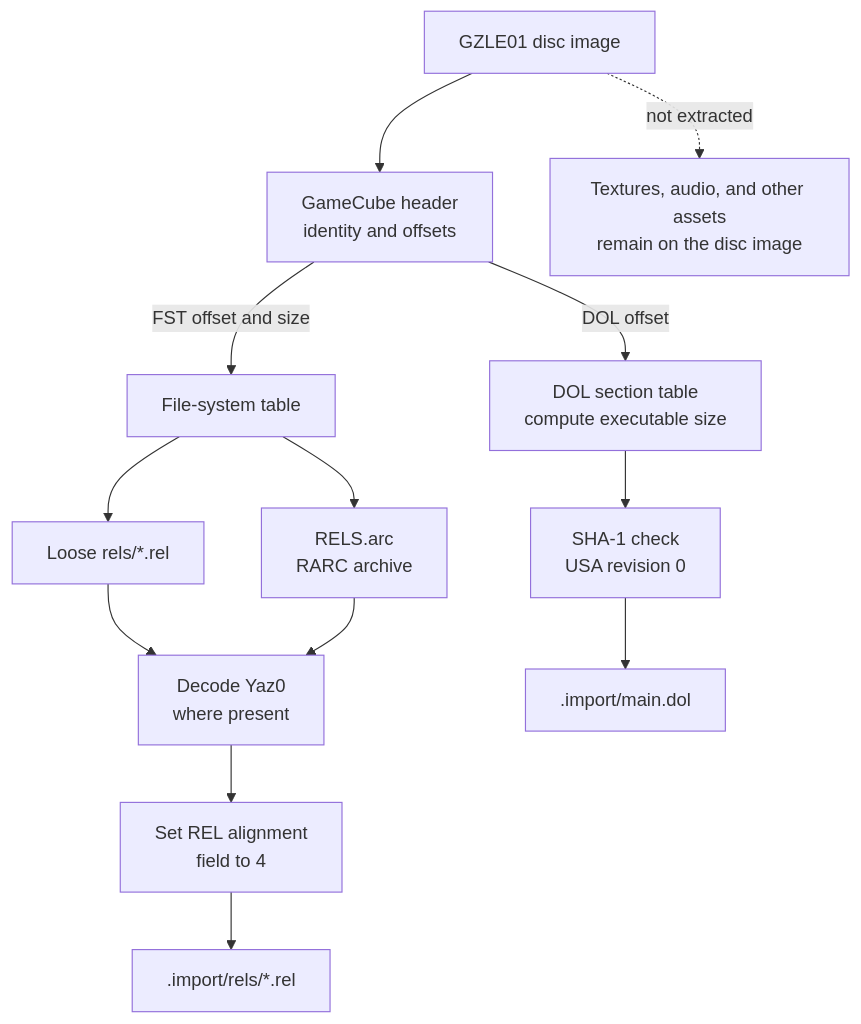
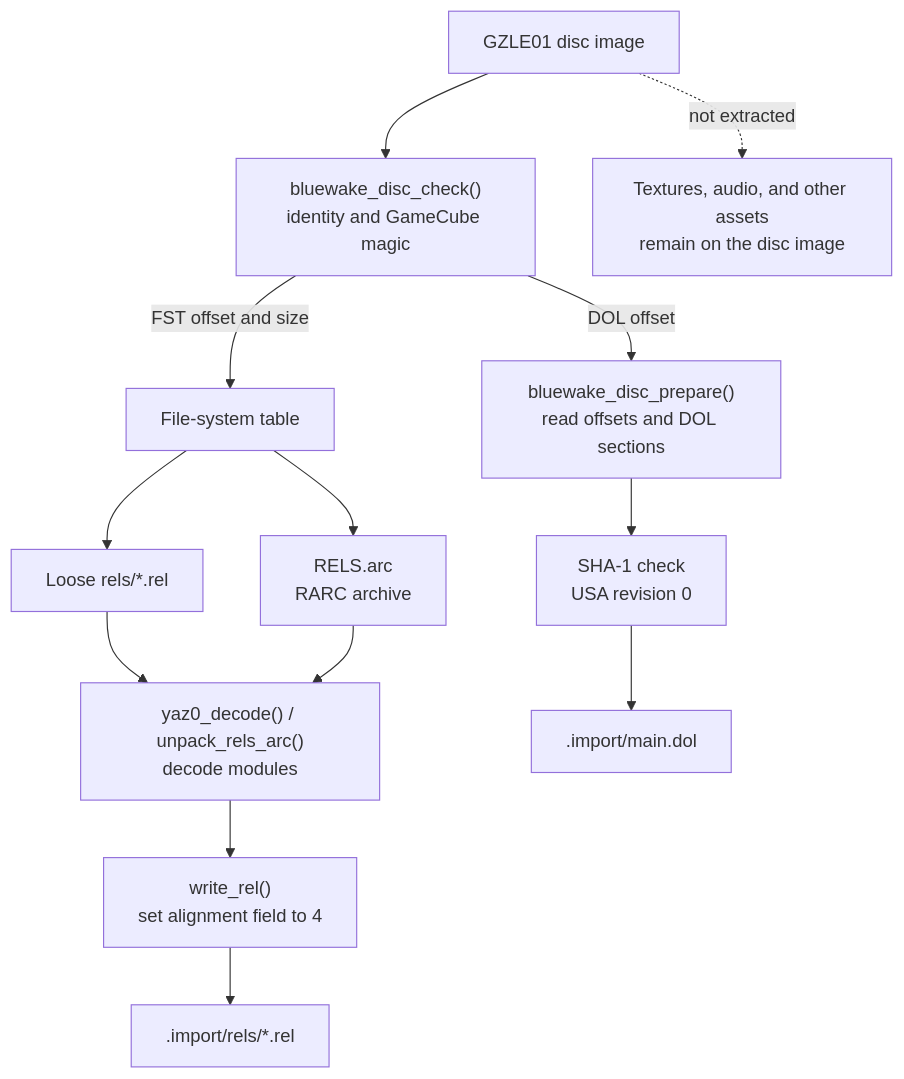
Before and after one commit to Aelbannan/boat_of_daphnes: the fifth of 6 diagrams in docs/architecture/Build.md, drawn with Mermaid. The commit also changed other lines of this file, not shown here.

Commit message:
docs: link extraction diagrams to implementation

````diff
--- a/docs/architecture/Build.md
+++ b/docs/architecture/Build.md
@@ -276,23 +276,23 @@
 ```mermaid
 flowchart TD
     Disc["GZLE01 disc image"]
-    Header["GameCube header<br/>identity and offsets"]
-    Dol["DOL section table<br/>compute executable size"]
+    Header["bluewake_disc_check()<br/>identity and GameCube magic"]
+    Dol["bluewake_disc_prepare()<br/>read offsets and DOL sections"]
     Revision["SHA-1 check<br/>USA revision 0"]
     FST["File-system table"]
     Loose["Loose rels/*.rel"]
     Archive["RELS.arc<br/>RARC archive"]
-    Decode["Decode Yaz0<br/>where present"]
-    Normalize["Set REL alignment<br/>field to 4"]
+    Decode["yaz0_decode() / unpack_rels_arc()<br/>decode modules"]
+    Normalize["write_rel()<br/>set alignment field to 4"]
     StagedDol[".import/main.dol"]
     StagedRels[".import/rels/*.rel"]
     Runtime["Textures, audio, and other assets<br/>remain on the disc image"]
 
     Disc --> Header
     Header -->|DOL offset| Dol --> Revision --> StagedDol
     Header -->|FST offset and size| FST
     FST --> Loose --> Decode
     FST --> Archive --> Decode
     Decode --> Normalize --> StagedRels
     Disc -. "not extracted" .-> Runtime
 ```
````
